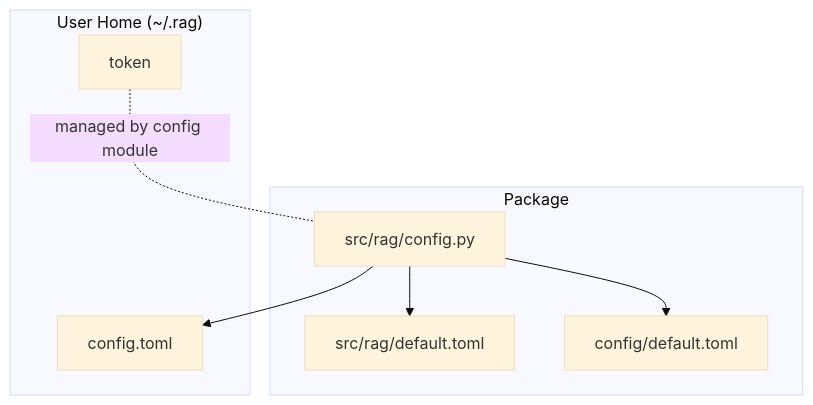
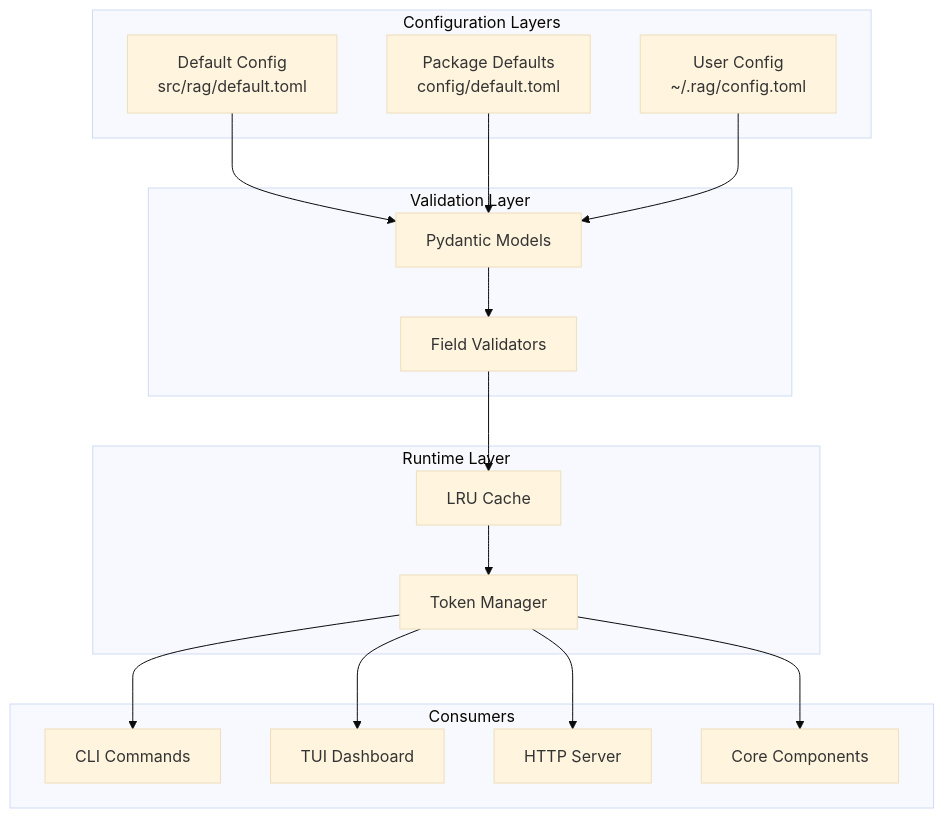
The first of 6 diagrams in docs/wiki/Configuration Management.md (NcitDev/ragsystem), drawn with Mermaid (base theme) before and after one commit. The commit also changed other lines of this file and 27 other files, not shown here.

````diff
--- a/docs/wiki/Configuration Management.md
+++ b/docs/wiki/Configuration Management.md
@@ -35,16 +53,32 @@
 ```mermaid
 graph TB
-subgraph "User Home (~/.rag)"
-CFG["config.toml"]
-TOK["token"]
+subgraph "Configuration Layers"
+DEF["Default Config<br/>src/rag/default.toml"]
+PKG["Package Defaults<br/>config/default.toml"]
+USER["User Config<br/>~/.rag/config.toml"]
 end
-subgraph "Package"
-DEF1["src/rag/default.toml"]
-DEF2["config/default.toml"]
-MOD["src/rag/config.py"]
+subgraph "Validation Layer"
+PYD["Pydantic Models"]
+VAL["Field Validators"]
 end
-MOD --> CFG
-MOD --> DEF1
-MOD --> DEF2
-TOK -. "managed by config module" .- MOD
+subgraph "Runtime Layer"
+CACHE["LRU Cache"]
+TOKEN["Token Manager"]
+end
+subgraph "Consumers"
+CLI["CLI Commands"]
+TUI["TUI Dashboard"]
+SRV["HTTP Server"]
+CORE["Core Components"]
+end
+DEF --> PYD
+PKG --> PYD
+USER --> PYD
+PYD --> VAL
+VAL --> CACHE
+CACHE --> TOKEN
+TOKEN --> CLI
+TOKEN --> TUI
+TOKEN --> SRV
+TOKEN --> CORE
 ```
````
